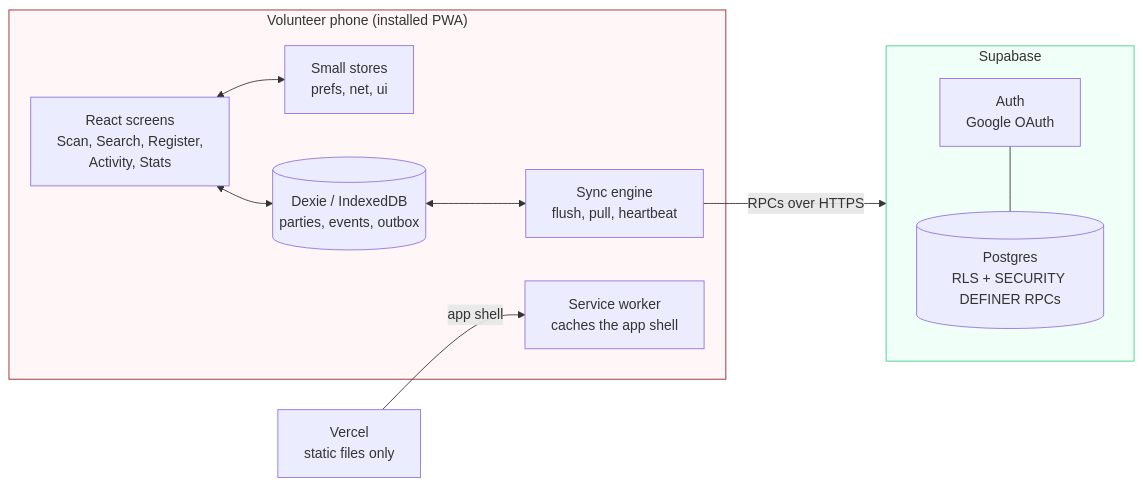
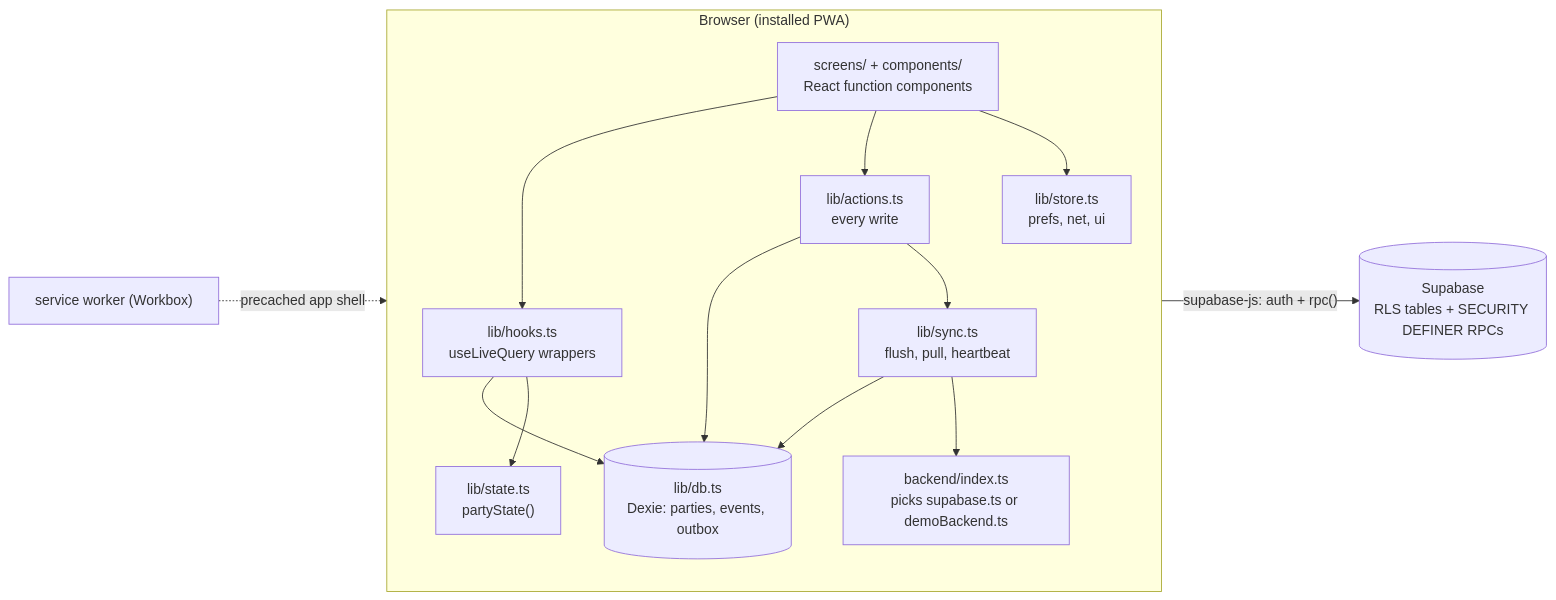
One commit to VarunMatta5625/homecoming-checkin changed the first of 3 diagrams in README.md. Above: the diagram before and after it, drawn with Mermaid. The commit also changed other lines of this file, not shown here.

First line of the commit message:
Make README a code-only walkthrough (#9)

````diff
--- a/README.md
+++ b/README.md
@@ -47,22 +25,23 @@
 ```mermaid
 flowchart LR
-    subgraph Phone["Volunteer phone (installed PWA)"]
-        UI["React screens<br/>Scan, Search, Register,<br/>Activity, Stats"]
-        STO["Small stores<br/>prefs, net, ui"]
-        DEX[("Dexie / IndexedDB<br/>parties, events, outbox")]
-        SYNC["Sync engine<br/>flush, pull, heartbeat"]
-        SW["Service worker<br/>caches the app shell"]
-        UI <--> DEX
-        UI <--> STO
-        DEX <--> SYNC
+    subgraph Phone["Browser (installed PWA)"]
+        direction TB
+        SCR["screens/ + components/<br/>React function components"]
+        HK["lib/hooks.ts<br/>useLiveQuery wrappers"]
+        ACT["lib/actions.ts<br/>every write"]
+        STA["lib/state.ts<br/>partyState()"]
+        STO["lib/store.ts<br/>prefs, net, ui"]
+        SYN["lib/sync.ts<br/>flush, pull, heartbeat"]
+        DEX[("lib/db.ts<br/>Dexie: parties, events, outbox")]
+        BE["backend/index.ts<br/>picks supabase.ts or demoBackend.ts"]
+        SCR --> HK --> DEX
+        SCR --> ACT --> DEX
+        SCR --> STO
+        HK --> STA
+        SYN --> DEX
+        SYN --> BE
+        ACT --> SYN
     end
-    SYNC -- "RPCs over HTTPS" --> SB
-    subgraph SB["Supabase"]
-        AUTH["Auth<br/>Google OAuth"]
-        PG[("Postgres<br/>RLS + SECURITY DEFINER RPCs")]
-        AUTH --- PG
-    end
-    VER["Vercel<br/>static files only"] -- "app shell" --> SW
-    style Phone fill:#fff7f7,stroke:#981F2A
-    style SB fill:#f0fff7,stroke:#3ecf8e
+    BE -- "supabase-js: auth + rpc()" --> SB[("Supabase<br/>RLS tables + SECURITY DEFINER RPCs")]
+    SW["service worker (Workbox)"] -.->|precached app shell| Phone
 ```
````
